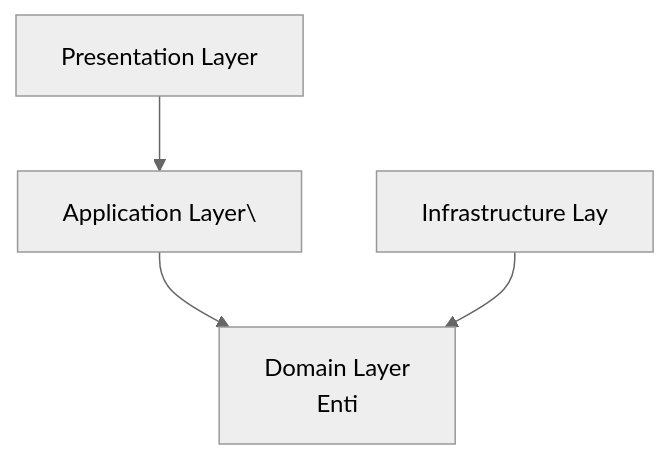
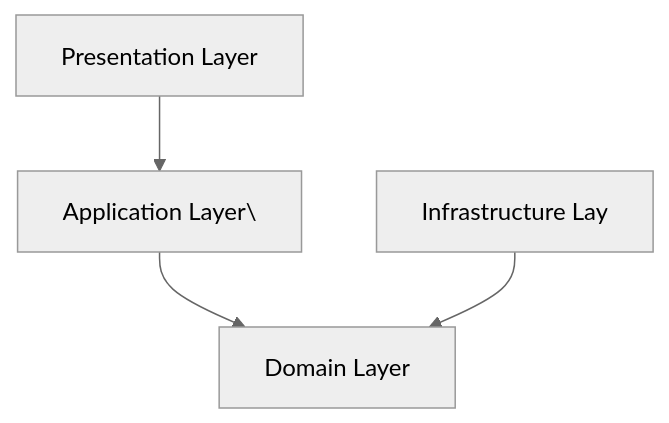
The seventh of 7 diagrams in _posts/architecture/2026-05-01-ddd.md (yjkim2015/yjkim2015.github.io), drawn with Mermaid (neutral theme) before and after one commit. The commit also changed other lines of this file and 217 other files, not shown here.

First line of the commit message:
Mermaid 크기 수정: useMaxWidth:true + SVG max-width:100% + 라벨 축소

````diff
--- a/_posts/architecture/2026-05-01-ddd.md
+++ b/_posts/architecture/2026-05-01-ddd.md
@@ -383,10 +383,10 @@
 ```mermaid
 graph TD
     UI["Presentation Layer"]
     APP["Application Layer\"]
-    DOM["Domain Layer\nEnti"]
+    DOM["Domain Layer"]
     INFRA["Infrastructure Lay"]
     UI --> APP
     APP --> DOM
     INFRA --> DOM
 ```
````
